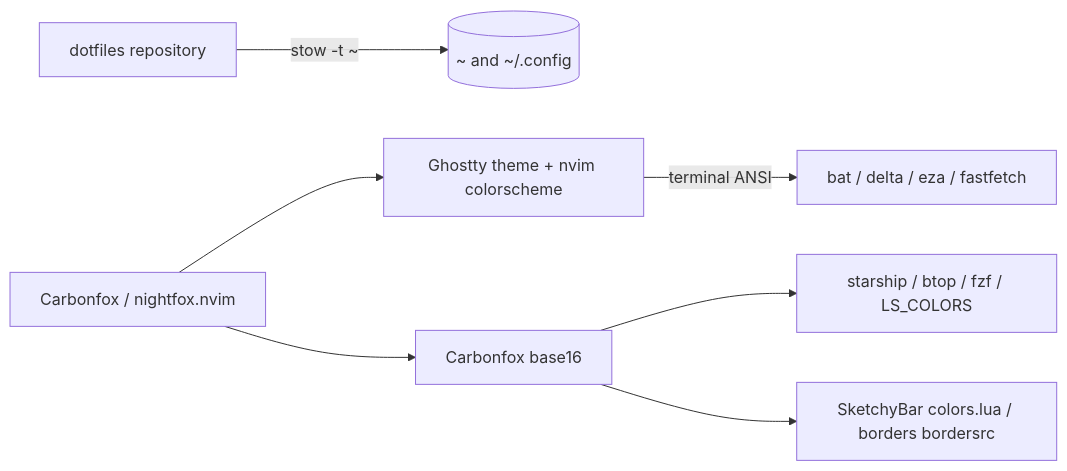
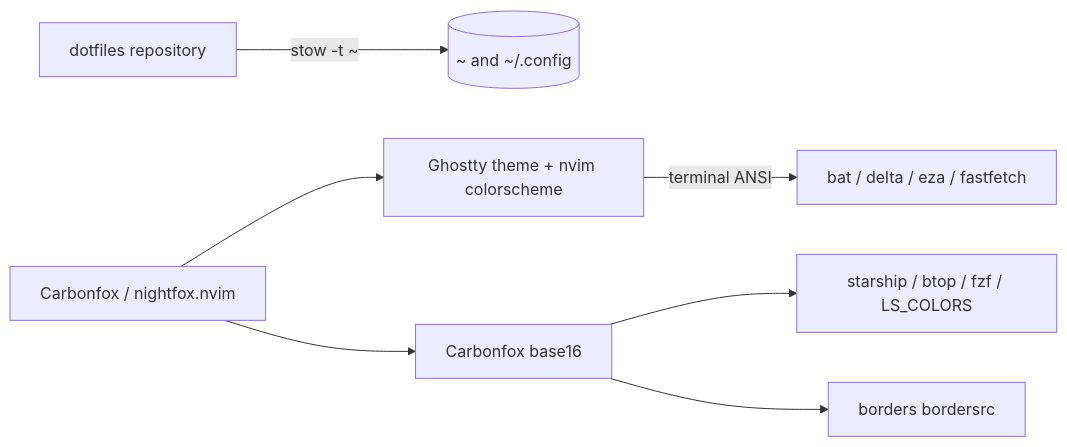
One commit to lucawalz/dotfiles changed the diagram in README.md. Above: the diagram before and after it, drawn with Mermaid. The commit also changed other lines of this file, not shown here.

Commit message:
docs(readme): drop sketchybar and describe the native menu bar

````diff
--- a/README.md
+++ b/README.md
@@ -41,9 +41,9 @@
 ```mermaid
 flowchart LR
   repo[dotfiles repository] -->|stow -t ~| home[(~ and ~/.config)]
   carbonfox[Carbonfox / nightfox.nvim] --> ports[Ghostty theme + nvim colorscheme]
   carbonfox --> base16[Carbonfox base16]
   base16 --> direct[starship / btop / fzf / LS_COLORS]
-  base16 --> desktop[SketchyBar colors.lua / borders bordersrc]
+  base16 --> desktop[borders bordersrc]
   ports -->|terminal ANSI| inherit[bat / delta / eza / fastfetch]
 ```
````
